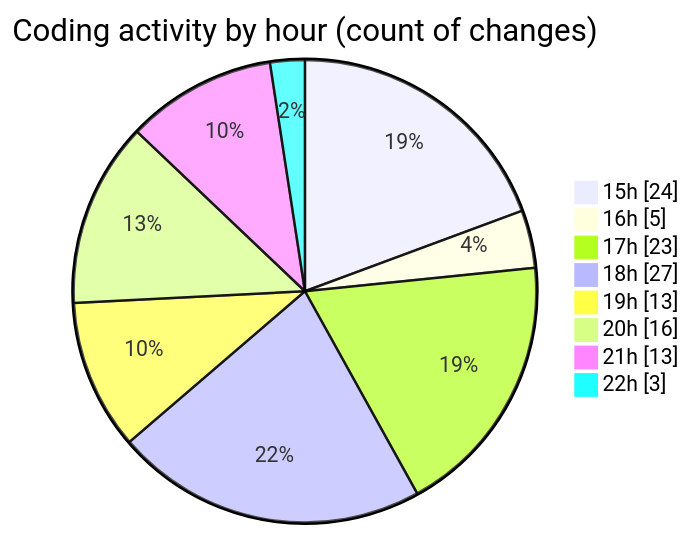
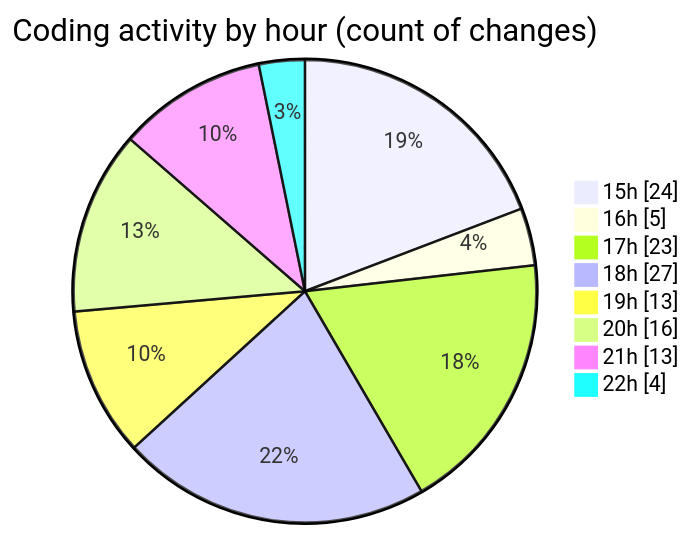
One commit to EIIisD/code-tracking changed the second of 2 diagrams in 2025-08-02/tw-server/README.md. Above: the diagram before and after it, drawn with Mermaid. The commit also changed other lines of this file and 1 other file, not shown here.

````diff
--- a/2025-08-02/tw-server/README.md
+++ b/2025-08-02/tw-server/README.md
@@ -36,12 +36,12 @@
 ```mermaid
 pie showData
 title Coding activity by hour (count of changes)
 "15h" : 24
 "16h" : 5
 "17h" : 23
 "18h" : 27
 "19h" : 13
 "20h" : 16
 "21h" : 13
-"22h" : 3
+"22h" : 4
 ```
````
